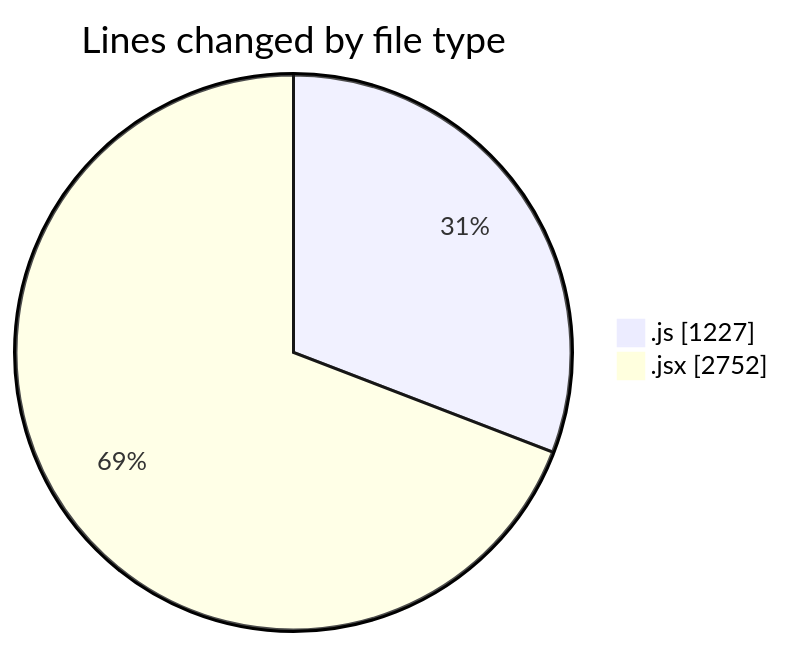
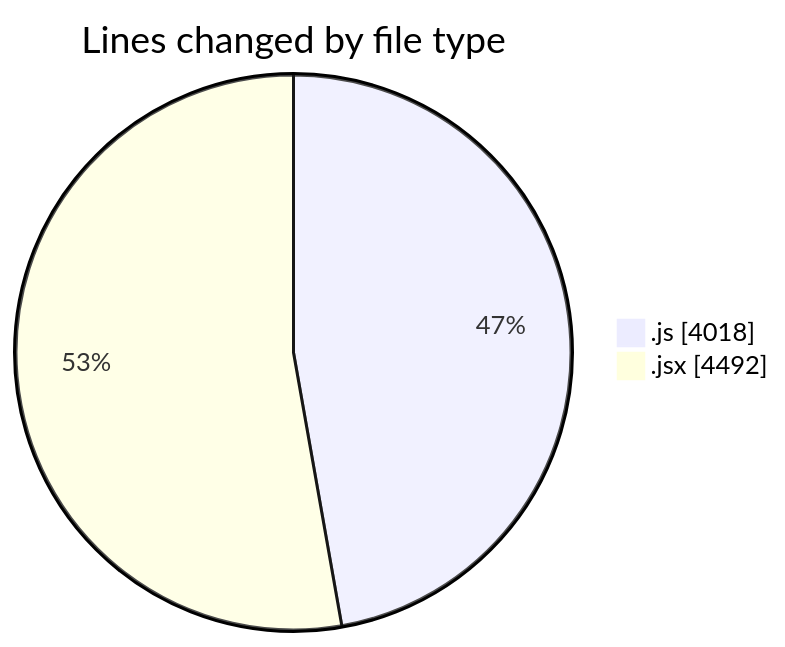
Before and after one commit to nxtqubesakshisongat/code-tracking: the first of 2 diagrams in 2025-12-31/nxtqube_webapp/README.md, drawn with Mermaid. The commit also changed other lines of this file and 1 other file, not shown here.

````diff
--- a/2025-12-31/nxtqube_webapp/README.md
+++ b/2025-12-31/nxtqube_webapp/README.md
@@ -27,6 +31,6 @@
 ```mermaid
 pie showData
 title Lines changed by file type
-".js" : 1227
-".jsx" : 2752
+".js" : 4018
+".jsx" : 4492
 ```
````
